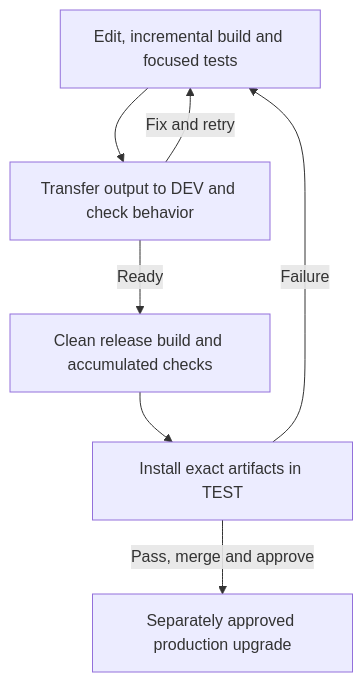
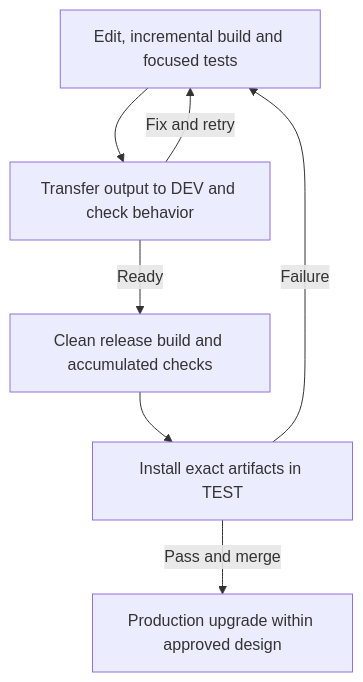
One commit to coletaylor788/puddles changed the first of 2 diagrams in docs/plans/039-development-delivery-master.md. Above: the diagram before and after it, drawn with Mermaid. The commit also changed other lines of this file and 4 other files, not shown here.

Commit message:
Make approved design and fast DEV iteration the default workflow

````diff
--- a/docs/plans/039-development-delivery-master.md
+++ b/docs/plans/039-development-delivery-master.md
@@ -17,14 +24,14 @@
 ```mermaid
 flowchart TD
     Local["Edit, incremental build and focused tests"]
     Dev["Transfer output to DEV and check behavior"]
     CI["Clean release build and accumulated checks"]
     Test["Install exact artifacts in TEST"]
-    Prod["Separately approved production upgrade"]
+    Prod["Production upgrade within approved design"]
     Local --> Dev
     Dev -->|Fix and retry| Local
     Dev -->|Ready| CI
     CI --> Test
     Test -->|Failure| Local
-    Test -->|Pass, merge and approve| Prod
+    Test -->|Pass and merge| Prod
 ```
````
